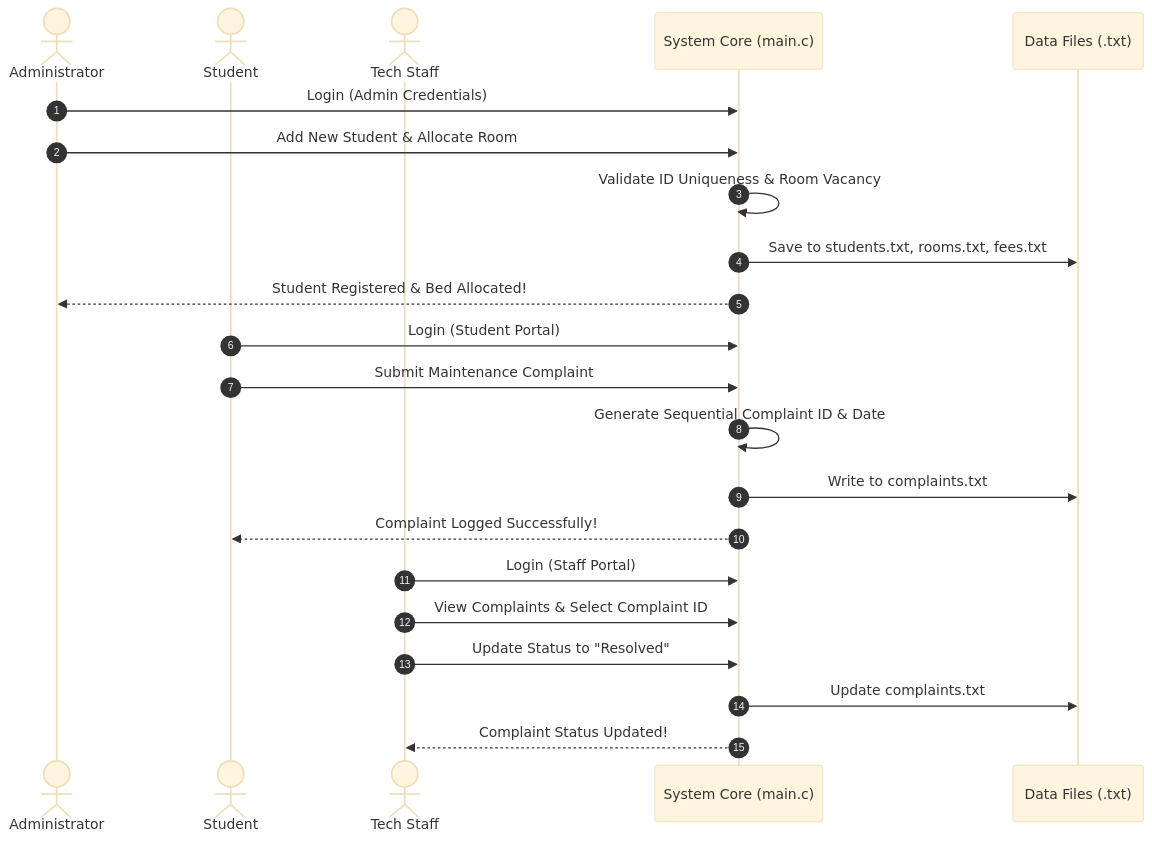
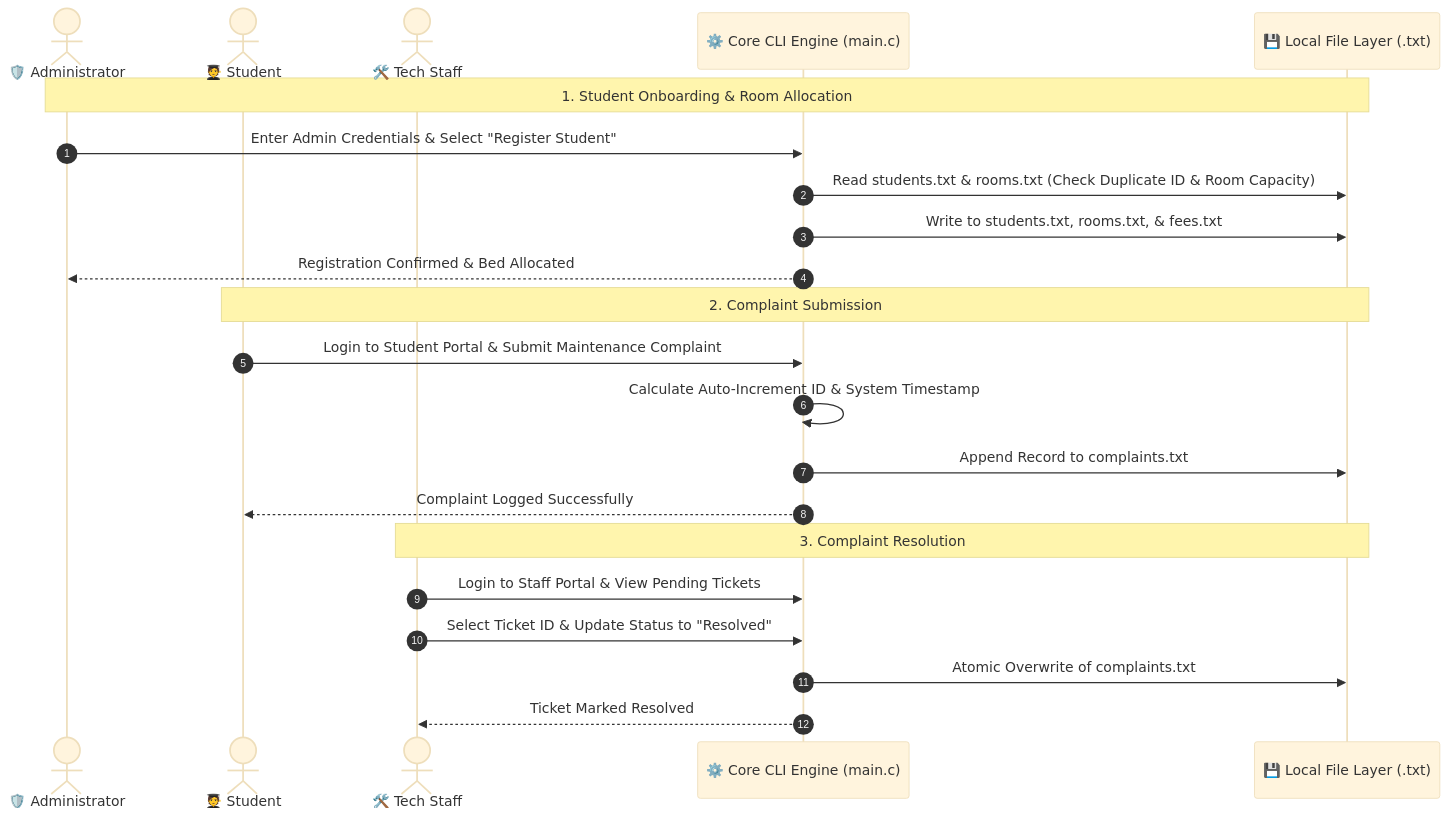
One commit to Null-Spectra/Capstone_Project_4th_Semester changed the second of 2 diagrams in README.md. Above: the diagram before and after it, drawn with Mermaid (base theme). The commit also changed other lines of this file, not shown here.

````diff
--- a/README.md
+++ b/README.md
@@ -85,27 +137,27 @@
 ```mermaid
 sequenceDiagram
     autonumber
-    actor Admin as Administrator
-    actor Student as Student
-    actor Staff as Tech Staff
-    participant Core as System Core (main.c)
-    participant Data as Data Files (.txt)
+    actor Admin as 🛡️ Administrator
+    actor Student as 🧑‍🎓 Student
+    actor Staff as 🛠️ Tech Staff
+    participant Engine as ⚙️ Core CLI Engine (main.c)
+    participant File as 💾 Local File Layer (.txt)
 
-    Admin->>Core: Login (Admin Credentials)
-    Admin->>Core: Add New Student & Allocate Room
-    Core->>Core: Validate ID Uniqueness & Room Vacancy
-    Core->>Data: Save to students.txt, rooms.txt, fees.txt
-    Core-->>Admin: Student Registered & Bed Allocated!
+    Note over Admin, File: 1. Student Onboarding & Room Allocation
+    Admin->>Engine: Enter Admin Credentials & Select "Register Student"
+    Engine->>File: Read students.txt & rooms.txt (Check Duplicate ID & Room Capacity)
+    Engine->>File: Write to students.txt, rooms.txt, & fees.txt
+    Engine-->>Admin: Registration Confirmed & Bed Allocated
 
-    Student->>Core: Login (Student Portal)
-    Student->>Core: Submit Maintenance Complaint
-    Core->>Core: Generate Sequential Complaint ID & Date
-    Core->>Data: Write to complaints.txt
-    Core-->>Student: Complaint Logged Successfully!
+    Note over Student, File: 2. Complaint Submission
+    Student->>Engine: Login to Student Portal & Submit Maintenance Complaint
+    Engine->>Engine: Calculate Auto-Increment ID & System Timestamp
+    Engine->>File: Append Record to complaints.txt
+    Engine-->>Student: Complaint Logged Successfully
 
-    Staff->>Core: Login (Staff Portal)
-    Staff->>Core: View Complaints & Select Complaint ID
-    Staff->>Core: Update Status to "Resolved"
-    Core->>Data: Update complaints.txt
-    Core-->>Staff: Complaint Status Updated!
+    Note over Staff, File: 3. Complaint Resolution
+    Staff->>Engine: Login to Staff Portal & View Pending Tickets
+    Staff->>Engine: Select Ticket ID & Update Status to "Resolved"
+    Engine->>File: Atomic Overwrite of complaints.txt
+    Engine-->>Staff: Ticket Marked Resolved
 ```
````
